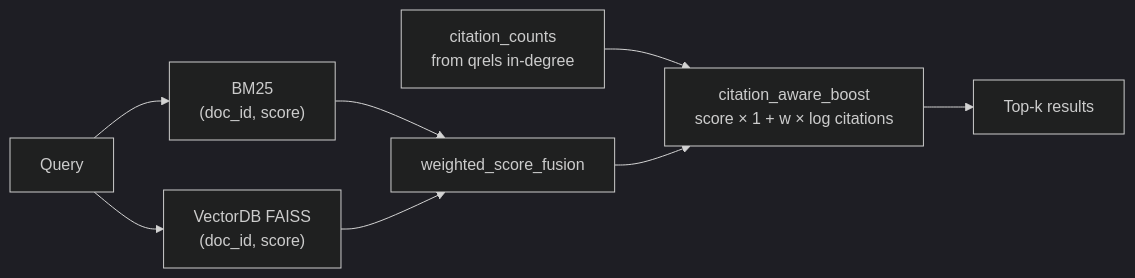
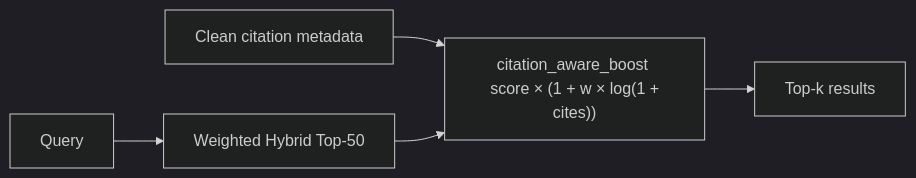
Before and after one commit to Murali47k/DS5603_IR_Project: the fourth of 5 diagrams in src/optimisations/README.md, drawn with Mermaid (dark theme). The commit also changed other lines of this file and 1 other file, not shown here.

Commit message:
docs: update root and optimisation READMEs with new benchmark metrics and pipeline diagrams

````diff
--- a/src/optimisations/README.md
+++ b/src/optimisations/README.md
@@ -95,9 +98,7 @@
 ```mermaid
 flowchart LR
-    Q[Query] --> B["BM25 <br> (doc_id, score)"]
-    Q --> D["VectorDB FAISS <br> (doc_id, score)"]
-    B & D --> W["weighted_score_fusion"]
-    C["citation_counts <br> from qrels in-degree"] --> CB["citation_aware_boost <br> score × 1 + w × log citations"]
+    Q[Query] --> W["Weighted Hybrid Top-50"]
+    C["Clean citation metadata"] --> CB["citation_aware_boost <br> score × (1 + w × log(1 + cites))"]
     W --> CB
     CB --> OUT["Top-k results"]
 ```
````
